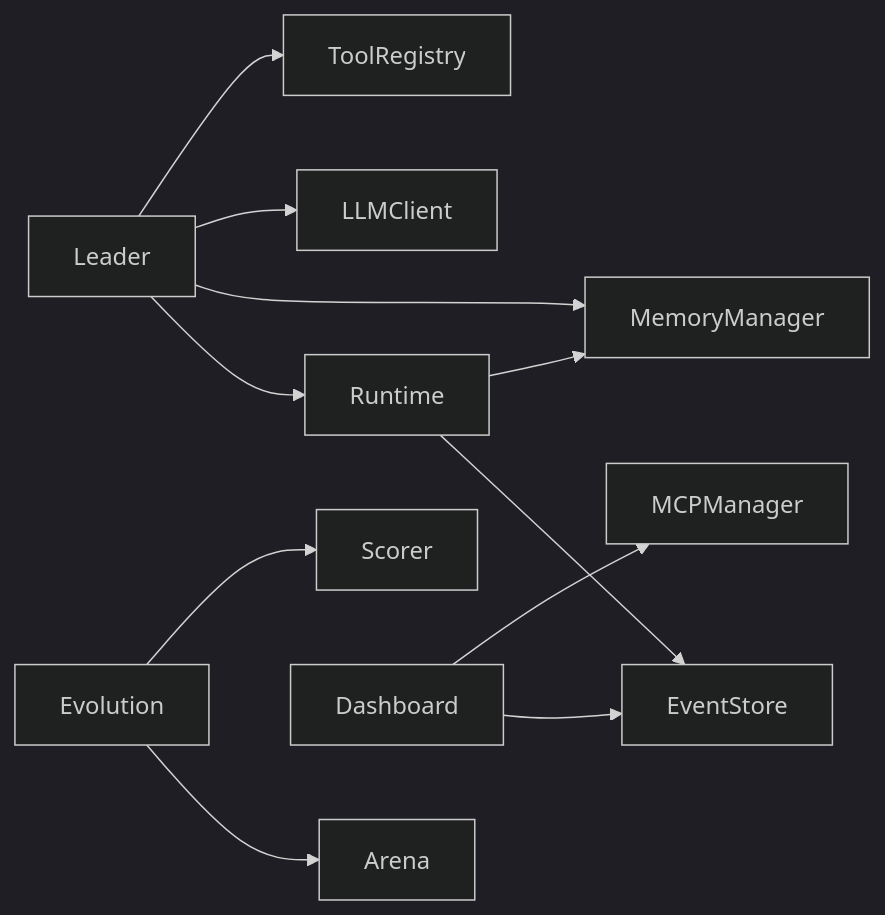
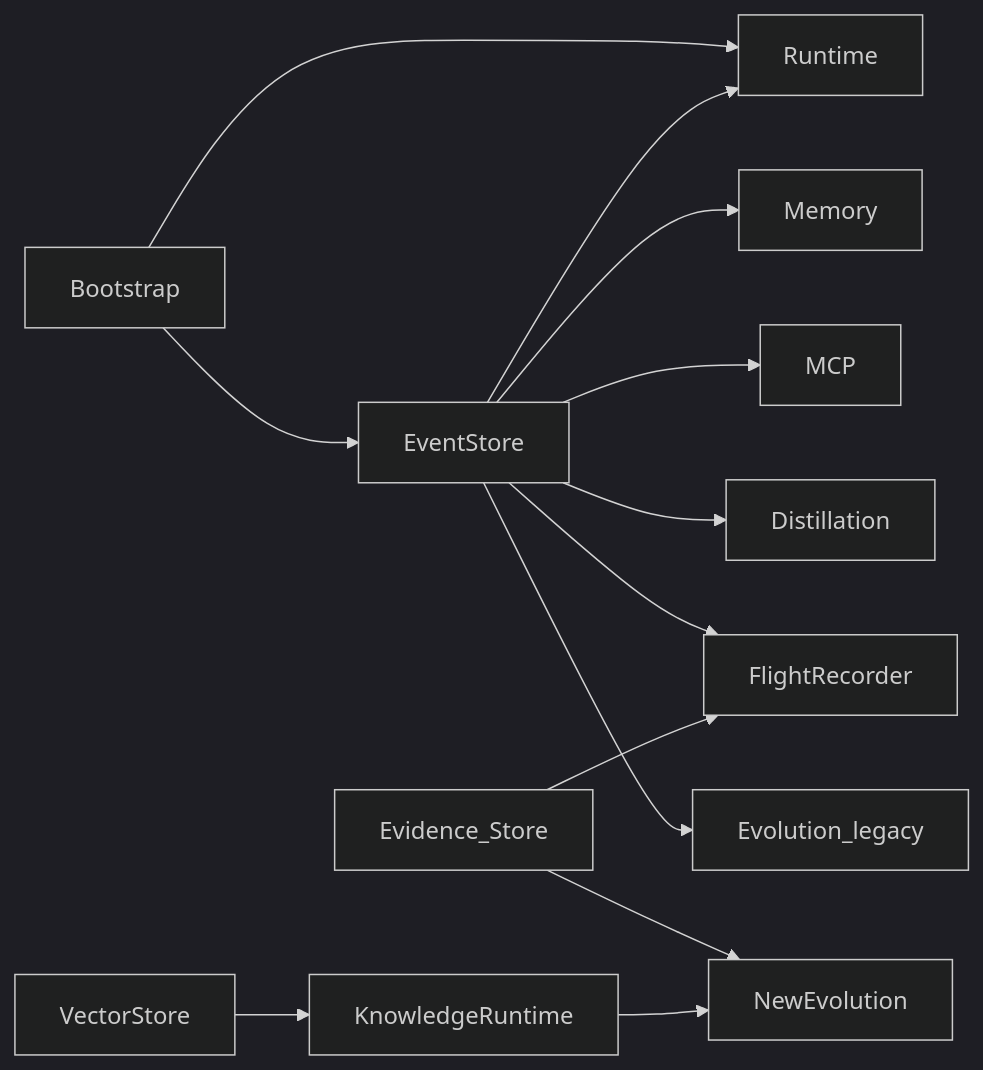
The first of 3 diagrams in docs/articles/en/13-bootstrap-api-deep-dive.md (Timwood0x10/ARES), drawn with Mermaid (dark theme) before and after one commit. The commit also changed other lines of this file and 2423 other files, not shown here.

````diff
--- a/docs/articles/en/13-bootstrap-api-deep-dive.md
+++ b/docs/articles/en/13-bootstrap-api-deep-dive.md
@@ -27,13 +51,15 @@
 ```mermaid
 graph LR
-    Runtime --> EventStore
-    Runtime --> MemoryManager
-    Leader --> Runtime
-    Leader --> MemoryManager
-    Leader --> LLMClient
-    Leader --> ToolRegistry
-    Evolution --> Arena
-    Evolution --> Scorer
-    Dashboard --> EventStore
-    Dashboard --> MCPManager
+    Bootstrap --> EventStore
+    Bootstrap --> Runtime
+    EventStore --> Runtime
+    EventStore --> Memory
+    EventStore --> MCP
+    EventStore --> Distillation
+    Evidence_Store --> NewEvolution
+    EventStore --> FlightRecorder
+    Evidence_Store --> FlightRecorder
+    EventStore --> Evolution_legacy
+    KnowledgeRuntime --> NewEvolution
+    VectorStore --> KnowledgeRuntime
 ```
````
